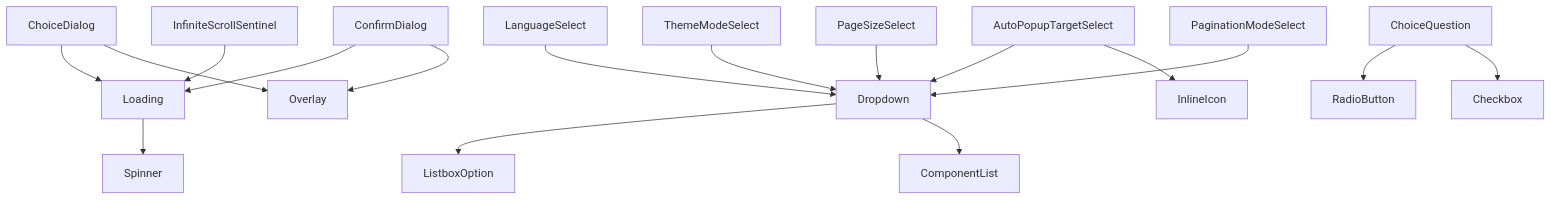
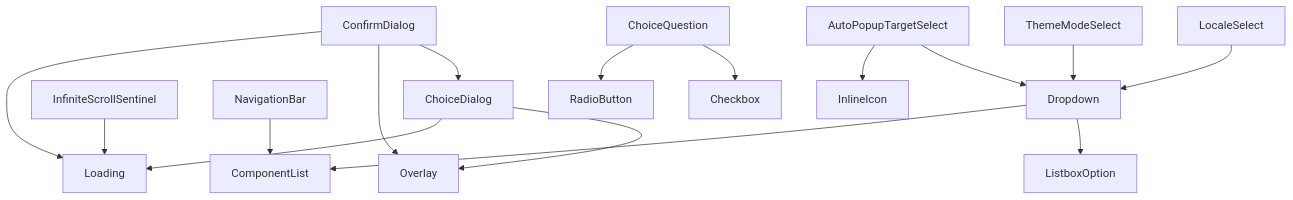
One commit to nekono-dev/skyshare changed the diagram in src/components/common/README.md. Above: the diagram before and after it, drawn with Mermaid. The commit also changed other lines of this file and 1079 other files, not shown here.

````diff
--- a/src/components/common/README.md
+++ b/src/components/common/README.md
@@ -5,19 +16,18 @@
 ```mermaid
 graph TD
+  ConfirmDialog --> ChoiceDialog
+  ConfirmDialog --> Overlay
+  ConfirmDialog --> Loading
+  ChoiceDialog --> Overlay
   ChoiceDialog --> Loading
-  ChoiceDialog --> Overlay
-  ConfirmDialog --> Loading
-  ConfirmDialog --> Overlay
-  Loading --> Spinner
   InfiniteScrollSentinel --> Loading
+  NavigationBar --> ComponentList
   Dropdown --> ListboxOption
   Dropdown --> ComponentList
-  LanguageSelect --> Dropdown
+  LocaleSelect --> Dropdown
   ThemeModeSelect --> Dropdown
   AutoPopupTargetSelect --> Dropdown
   AutoPopupTargetSelect --> InlineIcon
-  PageSizeSelect --> Dropdown
-  PaginationModeSelect --> Dropdown
+  ChoiceQuestion --> Checkbox
   ChoiceQuestion --> RadioButton
-  ChoiceQuestion --> Checkbox
 ```
````
